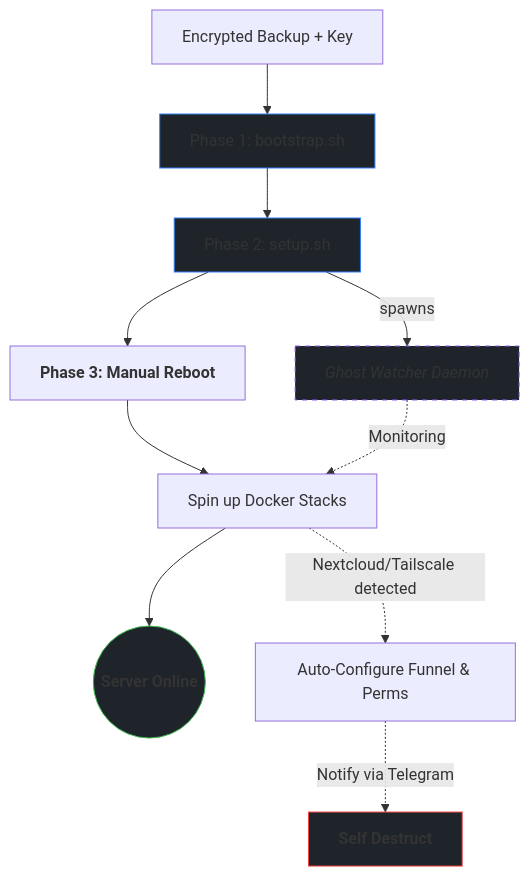
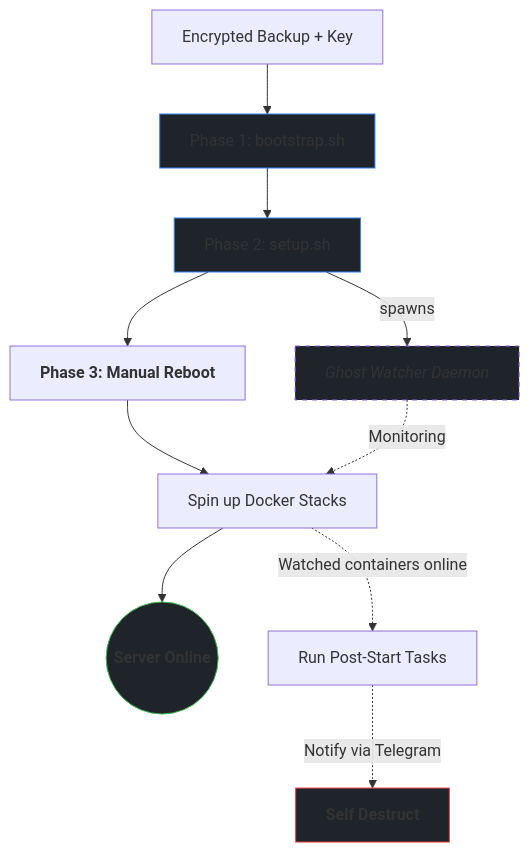
One commit to gravi-ctrl/homelab-blueprint changed the diagram in README.md. Above: the diagram before and after it, drawn with Mermaid. The commit also changed other lines of this file and 1 other file, not shown here.

````diff
--- a/README.md
+++ b/README.md
@@ -54,25 +54,25 @@
 ```mermaid
 graph TD
     %% Main Path
     A[Encrypted Backup + Key] --> B[Phase 1: bootstrap.sh]
     B --> C[Phase 2: setup.sh]
     
     %% The Spawning of the Ghost
     C -- spawns --> GW[<i>Ghost Watcher Daemon</i>]
     
     C --> D[<b>Phase 3: Manual Reboot</b>]
     D --> E[Spin up Docker Stacks]
     E --> F((<b>Server Online</b>))
 
     %% The Background Path
     GW -.->|Monitoring| E
-    E -.->|Nextcloud/Tailscale detected| G[Auto-Configure Funnel & Perms]
+    E -.->|Watched containers online| G[Run Post-Start Tasks]
     G -.->|Notify via Telegram| H[<b>Self Destruct</b>]
 
     %% Styling
     style GW fill:#1f242b,stroke:#8b5cf6,stroke-dasharray: 5 5
     style H fill:#1f242b,stroke:#ef4444
     style F fill:#1f242b,stroke:#3fb950
     style B fill:#1f242b,stroke:#3081f7
     style C fill:#1f242b,stroke:#3081f7
 ```
````
